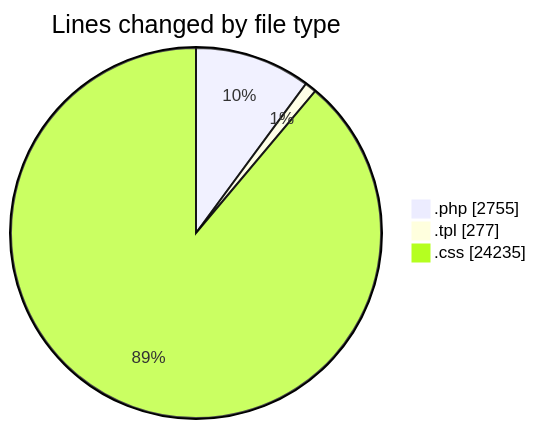
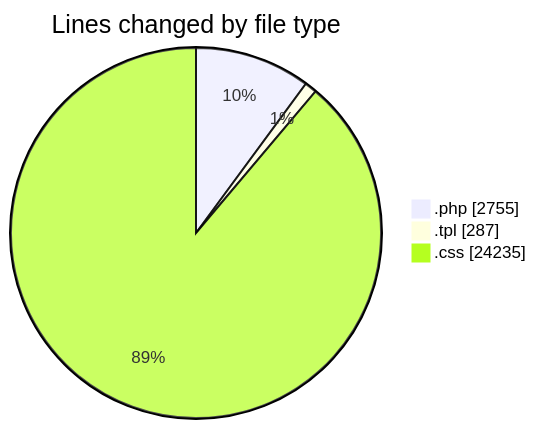
One commit to vahidmafi/code-tracking changed the first of 2 diagrams in 2025-04-18/zeytoon/README.md. Above: the diagram before and after it, drawn with Mermaid. The commit also changed other lines of this file and 1 other file, not shown here.

````diff
--- a/2025-04-18/zeytoon/README.md
+++ b/2025-04-18/zeytoon/README.md
@@ -24,7 +24,7 @@
 ```mermaid
 pie showData
 title Lines changed by file type
 ".php" : 2755
-".tpl" : 277
+".tpl" : 287
 ".css" : 24235
 ```
````
